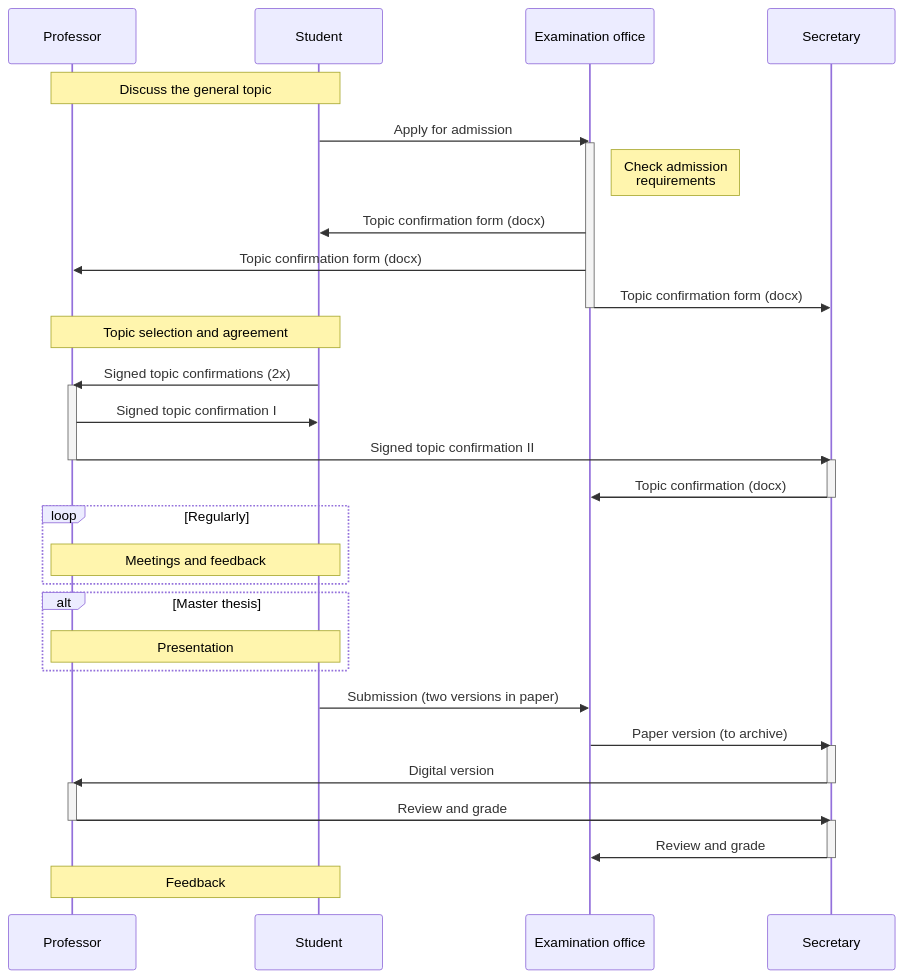
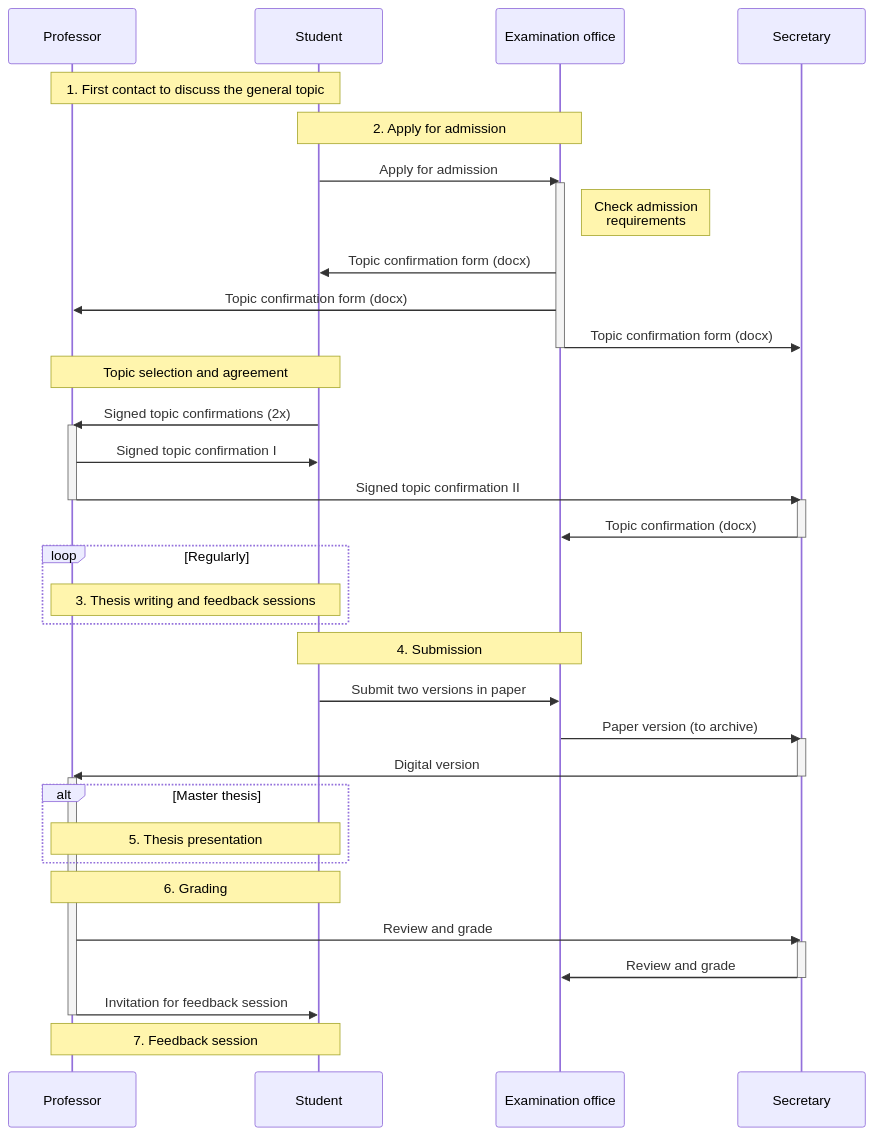
The diagram in docs/teaching/30_processes/30.40.theses_process.md (digital-work-lab/handbook), drawn with Mermaid before and after one commit.

````diff
--- a/docs/teaching/30_processes/30.40.theses_process.md
+++ b/docs/teaching/30_processes/30.40.theses_process.md
@@ -10,38 +10,42 @@
 ```mermaid
 sequenceDiagram
-    Note over Professor,Student: Discuss the general topic
+    Note over Professor,Student: 1. First contact to discuss the general topic
+    Note over Student,Examination office: 2. Apply for admission
     Student->>Examination office: Apply for admission
     activate Examination office
     Note right of Examination office: Check admission<br/>requirements
     Examination office->>Student: Topic confirmation form (docx)
     Examination office->>Professor: Topic confirmation form (docx)
     Examination office->>Secretary: Topic confirmation form (docx)
     deactivate Examination office
     Note over Professor,Student: Topic selection and agreement
     Student->>Professor: Signed topic confirmations (2x)
     activate Professor
     Professor->>Student: Signed topic confirmation I
     Professor->>Secretary: Signed topic confirmation II
     deactivate Professor
     activate Secretary
     Secretary->>Examination office: Topic confirmation (docx)
     deactivate Secretary
     loop Regularly
-        Note over Professor,Student: Meetings and feedback
+        Note over Professor,Student: 3. Thesis writing and feedback sessions
     end
-    alt Master thesis
-        Note over Professor,Student: Presentation
-    end
-    Student->>Examination office: Submission (two versions in paper)
+        Note over Student,Examination office: 4. Submission
+    Student->>Examination office: Submit two versions in paper
     Examination office->>Secretary: Paper version (to archive)
     activate Secretary
     Secretary->>Professor: Digital version
     deactivate Secretary
     activate Professor
+    alt Master thesis
+        Note over Professor,Student: 5. Thesis presentation
+    end
+    Note over Professor,Student: 6. Grading
     Professor->>Secretary: Review and grade
-    deactivate Professor
     activate Secretary
     Secretary->>Examination office: Review and grade
     deactivate Secretary
-    Note over Professor,Student: Feedback
+    Professor->>Student: Invitation for feedback session
+    deactivate Professor
+    Note over Professor,Student: 7. Feedback session
 ```
````
